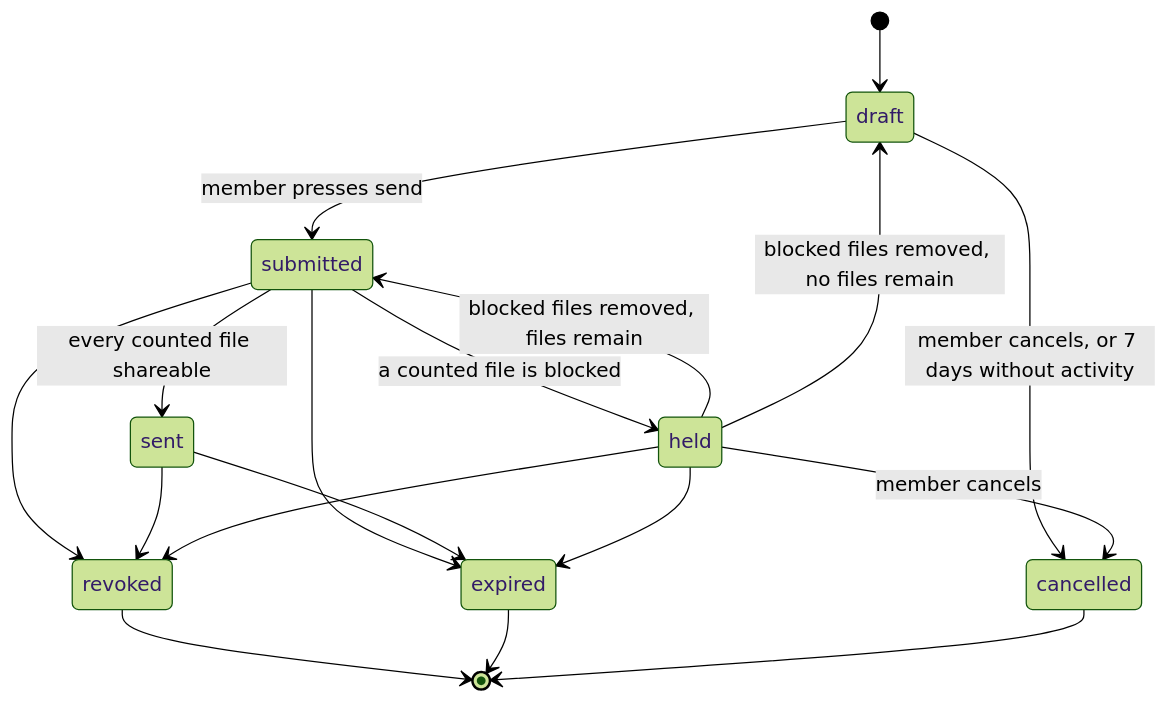
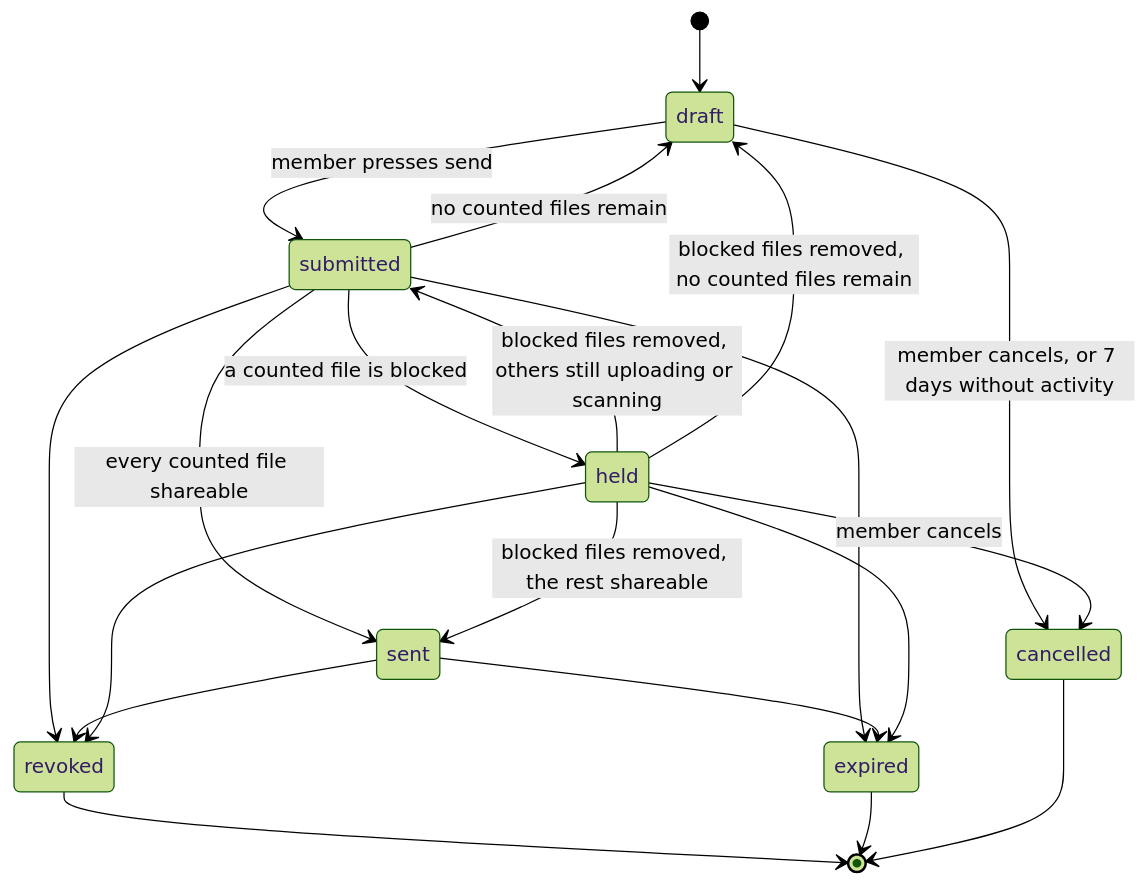
The third of 5 diagrams in docs/design/data-model.md (codewithmuh/secure-file-transfer), drawn with Mermaid (forest theme) before and after one commit. The commit also changed other lines of this file and 1 other file, not shown here.

````diff
--- a/docs/design/data-model.md
+++ b/docs/design/data-model.md
@@ -179,20 +243,22 @@
 ```mermaid
 stateDiagram-v2
     [*] --> draft
     draft --> submitted: member presses send
     draft --> cancelled: member cancels, or 7 days without activity
     submitted --> sent: every counted file shareable
     submitted --> held: a counted file is blocked
-    held --> submitted: blocked files removed, files remain
-    held --> draft: blocked files removed, no files remain
+    submitted --> draft: no counted files remain
+    held --> submitted: blocked files removed, others still uploading or scanning
+    held --> sent: blocked files removed, the rest shareable
+    held --> draft: blocked files removed, no counted files remain
     held --> cancelled: member cancels
     submitted --> revoked
     sent --> revoked
     held --> revoked
     submitted --> expired
     sent --> expired
     held --> expired
     revoked --> [*]
     expired --> [*]
     cancelled --> [*]
 ```
````
